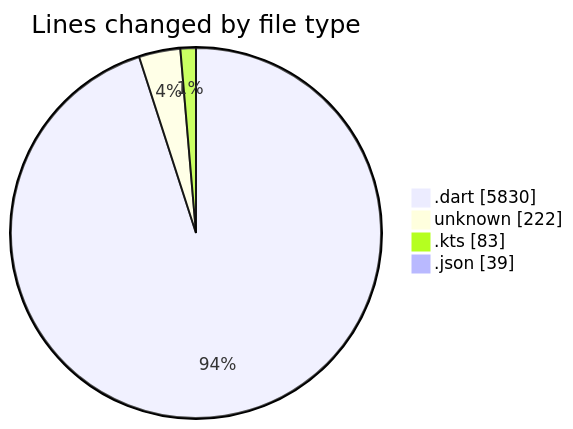
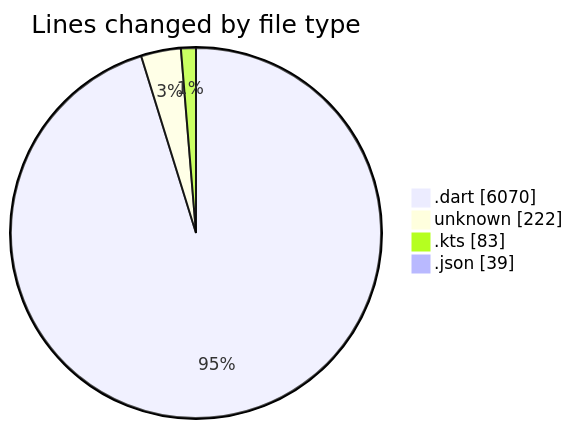
The first of 2 diagrams in 2025-08-05/studybuddy/README.md (lephambinh05/code-tracking), drawn with Mermaid before and after one commit. The commit also changed other lines of this file and 1 other file, not shown here.

````diff
--- a/2025-08-05/studybuddy/README.md
+++ b/2025-08-05/studybuddy/README.md
@@ -40,8 +41,8 @@
 ```mermaid
 pie showData
 title Lines changed by file type
-".dart" : 5830
+".dart" : 6070
 "unknown" : 222
 ".kts" : 83
 ".json" : 39
 ```
````
